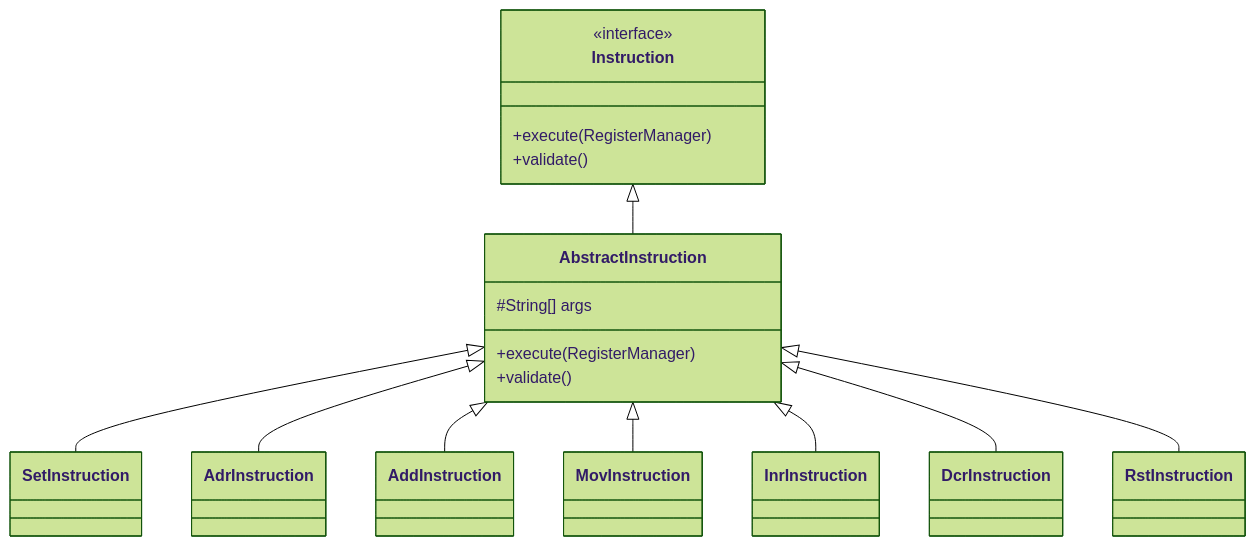
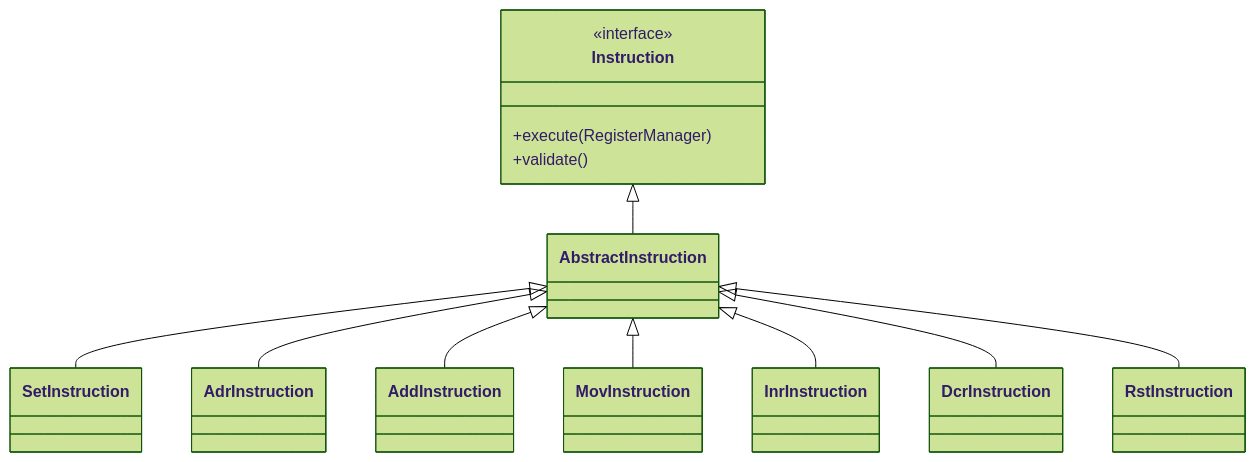
The third of 7 diagrams in memory-bank/systemPatterns.md (vinaysingri/opcode-ai), drawn with Mermaid (forest theme) before and after one commit. The commit also changed other lines of this file and 3 other files, not shown here.

````diff
--- a/memory-bank/systemPatterns.md
+++ b/memory-bank/systemPatterns.md
@@ -49,23 +32,16 @@
 ```mermaid
 classDiagram
     class Instruction {
         <<interface>>
         +execute(RegisterManager)
         +validate()
     }
-    
-    class AbstractInstruction {
-        #String[] args
-        +execute(RegisterManager)
-        +validate()
-    }
-    
-    Instruction <|-- AbstractInstruction
     AbstractInstruction <|-- SetInstruction
     AbstractInstruction <|-- AdrInstruction
     AbstractInstruction <|-- AddInstruction
     AbstractInstruction <|-- MovInstruction
     AbstractInstruction <|-- InrInstruction
     AbstractInstruction <|-- DcrInstruction
     AbstractInstruction <|-- RstInstruction
+    Instruction <|-- AbstractInstruction
 ```
````
